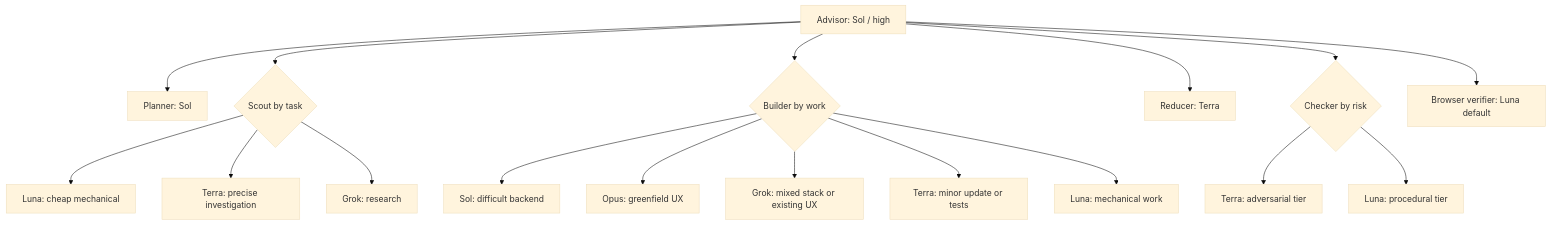
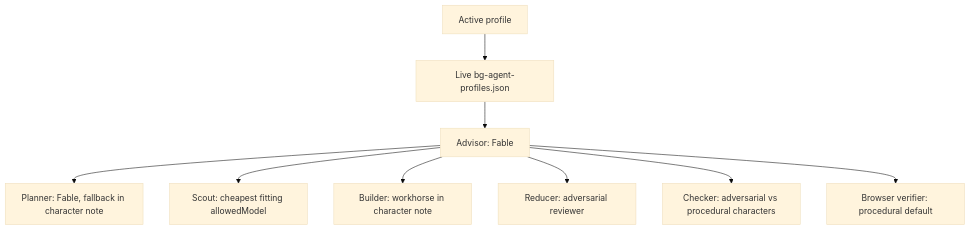
The diagram in README.md (nourhelmi/pi-meta-harness), drawn with Mermaid (base theme) before and after one commit. The commit also changed other lines of this file and 13 other files, not shown here.

First line of the commit message:
feat(intelligence): add named profiles and grok-cycle switch

````diff
--- a/README.md
+++ b/README.md
@@ -43,19 +45,11 @@
 ```mermaid
 flowchart TD
-    A[Advisor: Sol / high] --> P[Planner: Sol]
-    A --> S{Scout by task}
-    S --> L[Luna: cheap mechanical]
-    S --> T[Terra: precise investigation]
-    S --> G[Grok: research]
-    A --> B{Builder by work}
-    B --> BS[Sol: difficult backend]
-    B --> BO[Opus: greenfield UX]
-    B --> BG[Grok: mixed stack or existing UX]
-    B --> BT[Terra: minor update or tests]
-    B --> BL[Luna: mechanical work]
-    A --> R[Reducer: Terra]
-    A --> C{Checker by risk}
-    C --> CT[Terra: adversarial tier]
-    C --> CL[Luna: procedural tier]
-    A --> V[Browser verifier: Luna default]
+    P[Active profile] --> M[Live bg-agent-profiles.json]
+    M --> A[Advisor: Fable]
+    A --> Plan[Planner: Fable, fallback in character note]
+    A --> S[Scout: cheapest fitting allowedModel]
+    A --> B[Builder: workhorse in character note]
+    A --> R[Reducer: adversarial reviewer]
+    A --> C[Checker: adversarial vs procedural characters]
+    A --> V[Browser verifier: procedural default]
 ```
````
